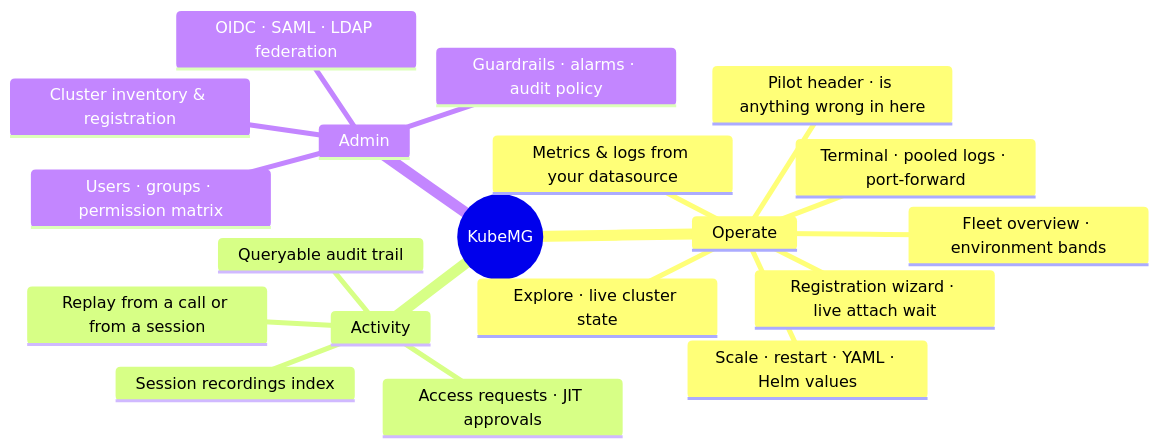
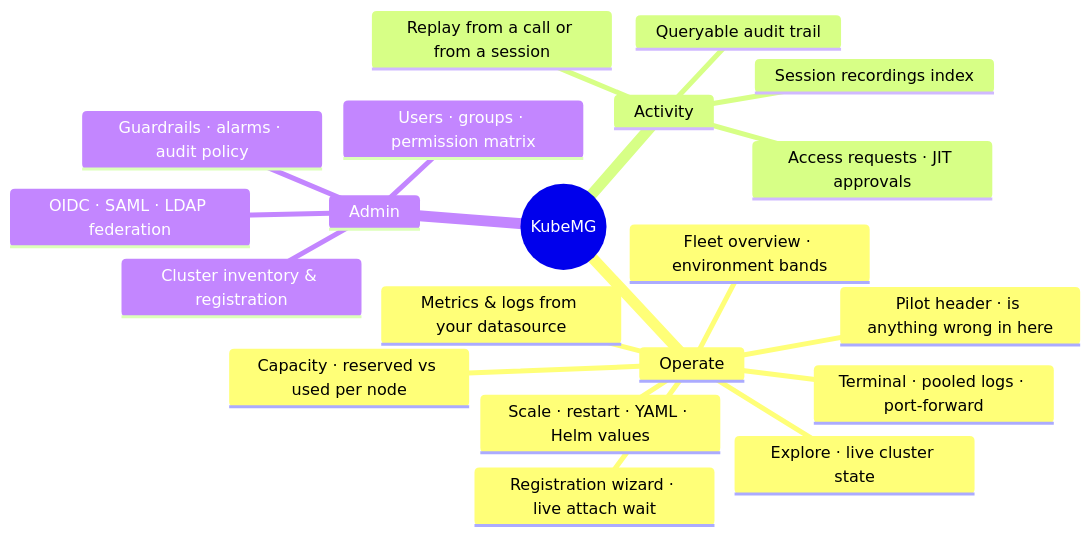
Before and after one commit to kubemg/kubemg: the fourth of 7 diagrams in README.md, drawn with Mermaid. The commit also changed other lines of this file and 15 other files, not shown here.

````diff
--- a/README.md
+++ b/README.md
@@ -166,22 +166,23 @@
 ```mermaid
 mindmap
   root(("KubeMG"))
     Operate
       Fleet overview · environment bands
       Registration wizard · live attach wait
       Explore · live cluster state
       Pilot header · is anything wrong in here
       Terminal · pooled logs · port-forward
       Scale · restart · YAML · Helm values
       Metrics & logs from your datasource
+      Capacity · reserved vs used per node
     Activity
       Access requests · JIT approvals
       Queryable audit trail
       Session recordings index
       Replay from a call or from a session
     Admin
       Cluster inventory & registration
       Users · groups · permission matrix
       OIDC · SAML · LDAP federation
       Guardrails · alarms · audit policy
 ```
````
